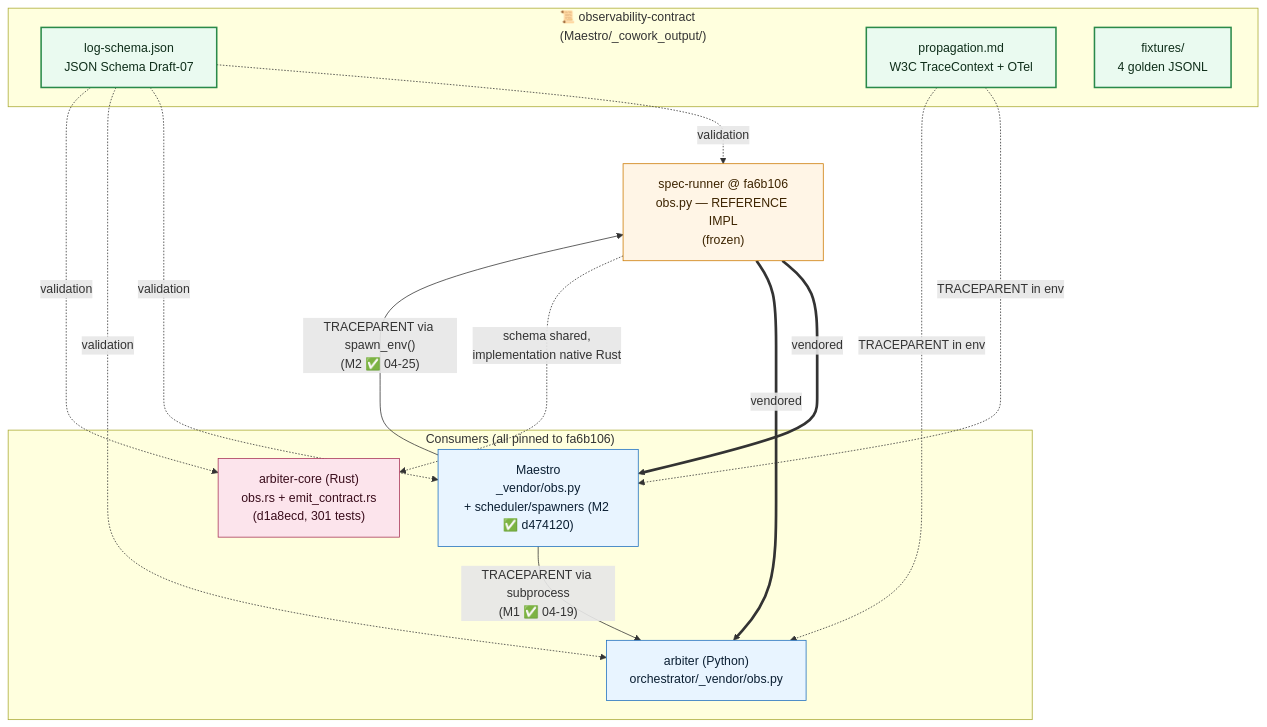
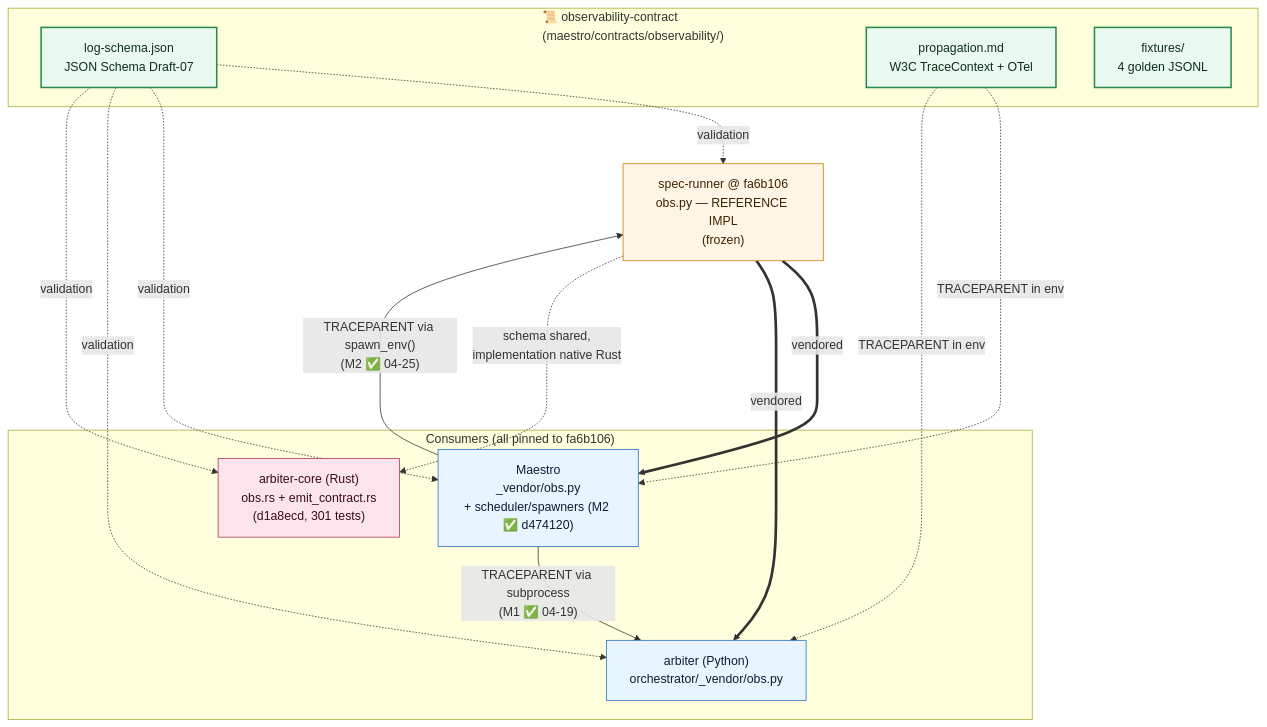
Before and after one commit to andrei-shtanakov/prograph-vault: the third of 4 diagrams in authored/notes/2026-05-08-ecosystem-structure.md, drawn with Mermaid. The commit also changed other lines of this file and 13 other files, not shown here.

````diff
--- a/authored/notes/2026-05-08-ecosystem-structure.md
+++ b/authored/notes/2026-05-08-ecosystem-structure.md
@@ -119,35 +119,35 @@
 ```mermaid
 flowchart TB
     classDef contract fill:#eafaf0,stroke:#2a8a4a,color:#0f2e1a,stroke-width:2px
     classDef python fill:#e8f4ff,stroke:#1e6fbf,color:#0b1f33
     classDef rust fill:#fce4ec,stroke:#a73357,color:#3a0d1c
     classDef ref fill:#fff5e6,stroke:#cc7a00,color:#3d2400
 
-    subgraph CONTRACT["📜 observability-contract<br/>(Maestro/_cowork_output/)"]
+    subgraph CONTRACT["📜 observability-contract<br/>(maestro/contracts/observability/)"]
         SCHEMA[log-schema.json<br/>JSON Schema Draft-07]:::contract
         PROP[propagation.md<br/>W3C TraceContext + OTel]:::contract
         FIX[fixtures/<br/>4 golden JSONL]:::contract
     end
 
     REF["spec-runner @ fa6b106<br/>obs.py — REFERENCE IMPL<br/>(frozen)"]:::ref
 
     subgraph CONSUMERS["Consumers (all pinned to fa6b106)"]
         M["Maestro<br/>_vendor/obs.py<br/>+ scheduler/spawners (M2 ✅ d474120)"]:::python
         ARP["arbiter (Python)<br/>orchestrator/_vendor/obs.py"]:::python
         ARR["arbiter-core (Rust)<br/>obs.rs + emit_contract.rs<br/>(d1a8ecd, 301 tests)"]:::rust
     end
 
     SCHEMA -.->|"validation"| REF
     SCHEMA -.->|"validation"| M
     SCHEMA -.->|"validation"| ARP
     SCHEMA -.->|"validation"| ARR
     PROP -.->|"TRACEPARENT in env"| M
     PROP -.->|"TRACEPARENT in env"| ARP
 
     REF ===>|"vendored"| M
     REF ===>|"vendored"| ARP
     REF -.->|"schema shared,<br/>implementation native Rust"| ARR
 
     M -- "TRACEPARENT via subprocess<br/>(M1 ✅ 04-19)" --> ARP
     M -- "TRACEPARENT via spawn_env()<br/>(M2 ✅ 04-25)" --> REF
 ```
````
